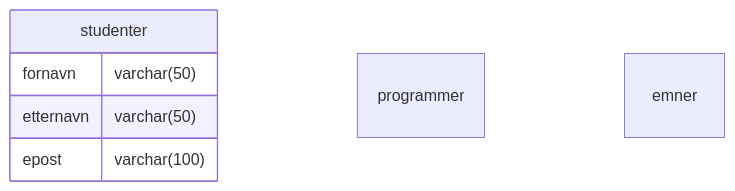
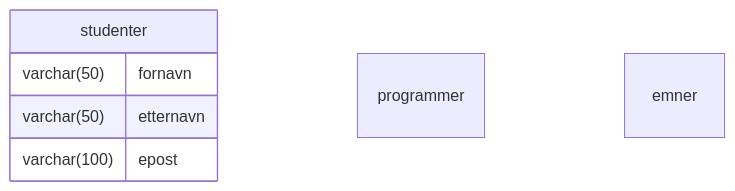
Before and after one commit to digitnow/data1500-forelesning: the second of 5 diagrams in forelesning05/forelesningsnotat-fra-modell-til-database.md, drawn with Mermaid. The commit also changed other lines of this file, not shown here.

Commit message:
test mermaid

````diff
--- a/forelesning05/forelesningsnotat-fra-modell-til-database.md
+++ b/forelesning05/forelesningsnotat-fra-modell-til-database.md
@@ -65,10 +66,10 @@
 ```mermaid
 erDiagram
     studenter {
-    	fornavn varchar(50) 
-    	etternavn varchar(50)
-    	epost varchar(100)
+   		varchar(50) fornavn
+        varchar(50) etternavn
+    	varchar(100) epost
     }
     programmer {}
     emner {}
 ```
````
